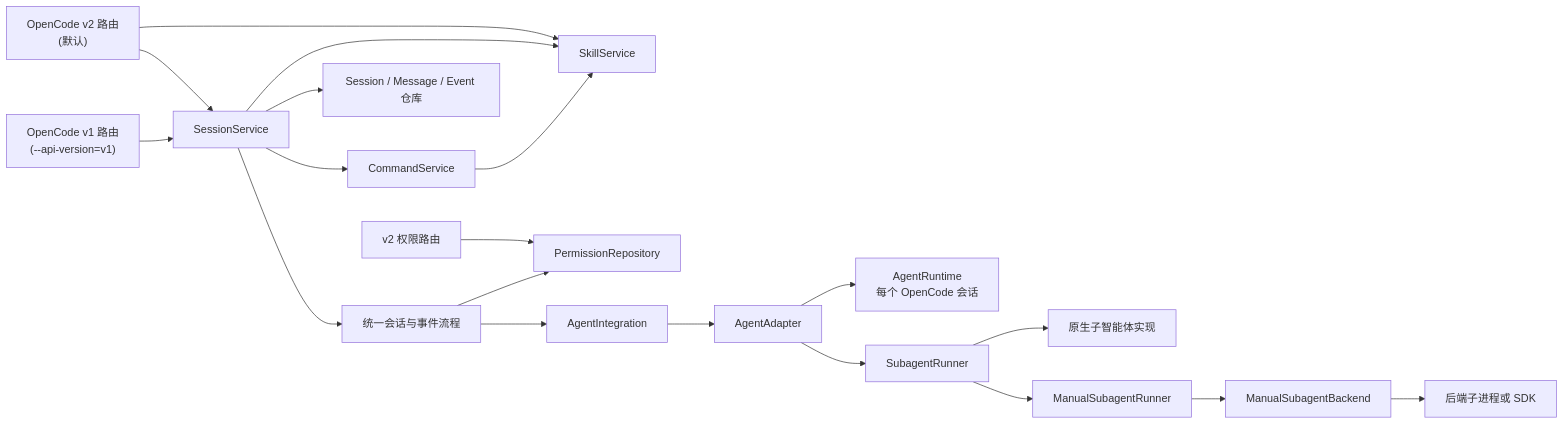
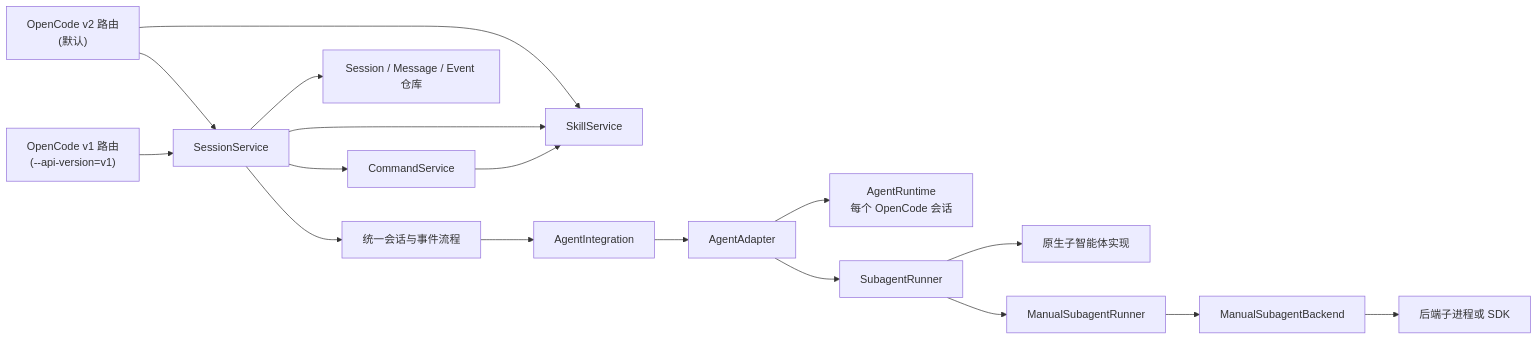
The diagram in INTERFACE.md (wkgcass/opencode-server-adaptor), drawn with Mermaid before and after one commit. The commit also changed other lines of this file and 26 other files, not shown here.

````diff
--- a/INTERFACE.md
+++ b/INTERFACE.md
@@ -19,22 +19,20 @@
 ```mermaid
 flowchart LR
     V2["OpenCode v2 路由<br/>(默认)"] --> Service["SessionService"]
     V1["OpenCode v1 路由<br/>(--api-version=v1)"] --> Service
     V2 --> Skill["SkillService"]
-    Permission["v2 权限路由"] --> PermissionRepo["PermissionRepository"]
     Service --> Server["统一会话与事件流程"]
     Service --> Repositories["Session / Message / Event 仓库"]
     Service --> Command["CommandService"]
     Service --> Skill
     Server --> Integration["AgentIntegration"]
-    Server --> PermissionRepo
     Integration --> Adapter["AgentAdapter"]
     Adapter --> Runtime["AgentRuntime<br/>每个 OpenCode 会话"]
     Adapter --> Subagent["SubagentRunner"]
     Command --> Skill
 
     Subagent --> Native["原生子智能体实现"]
     Subagent --> Manual["ManualSubagentRunner"]
     Manual --> Backend["ManualSubagentBackend"]
     Backend --> Process["后端子进程或 SDK"]
 ```
````
